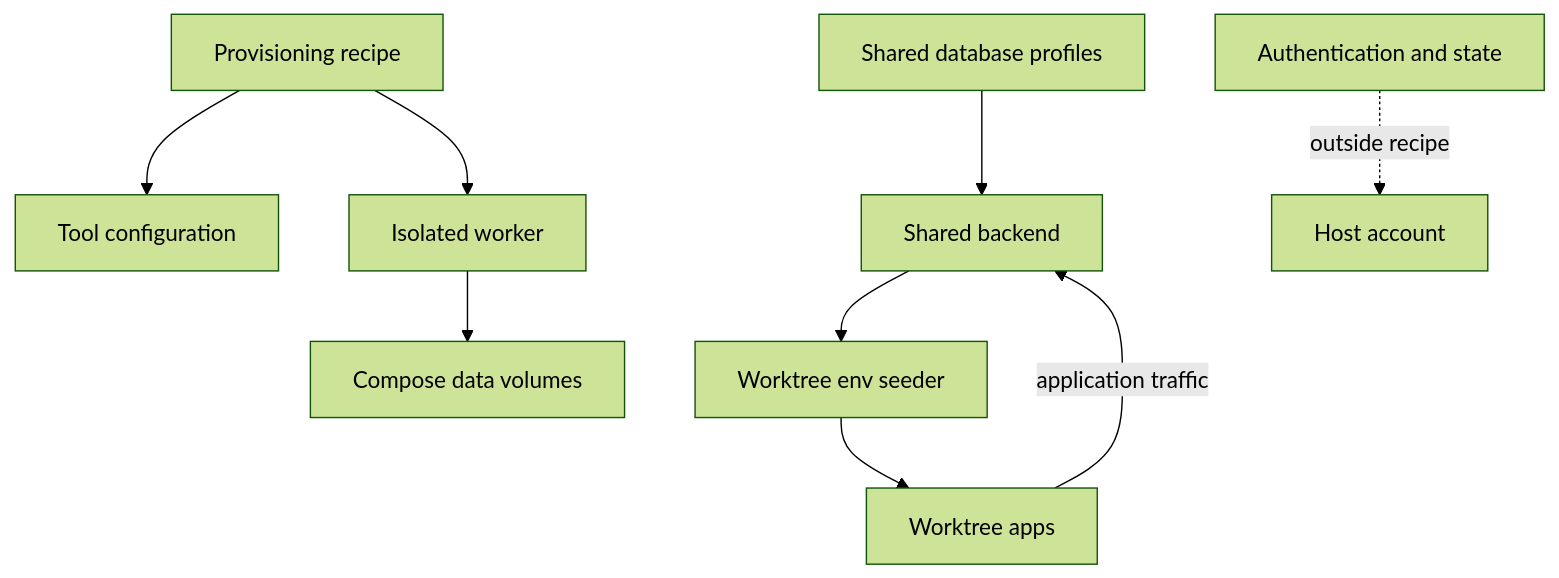
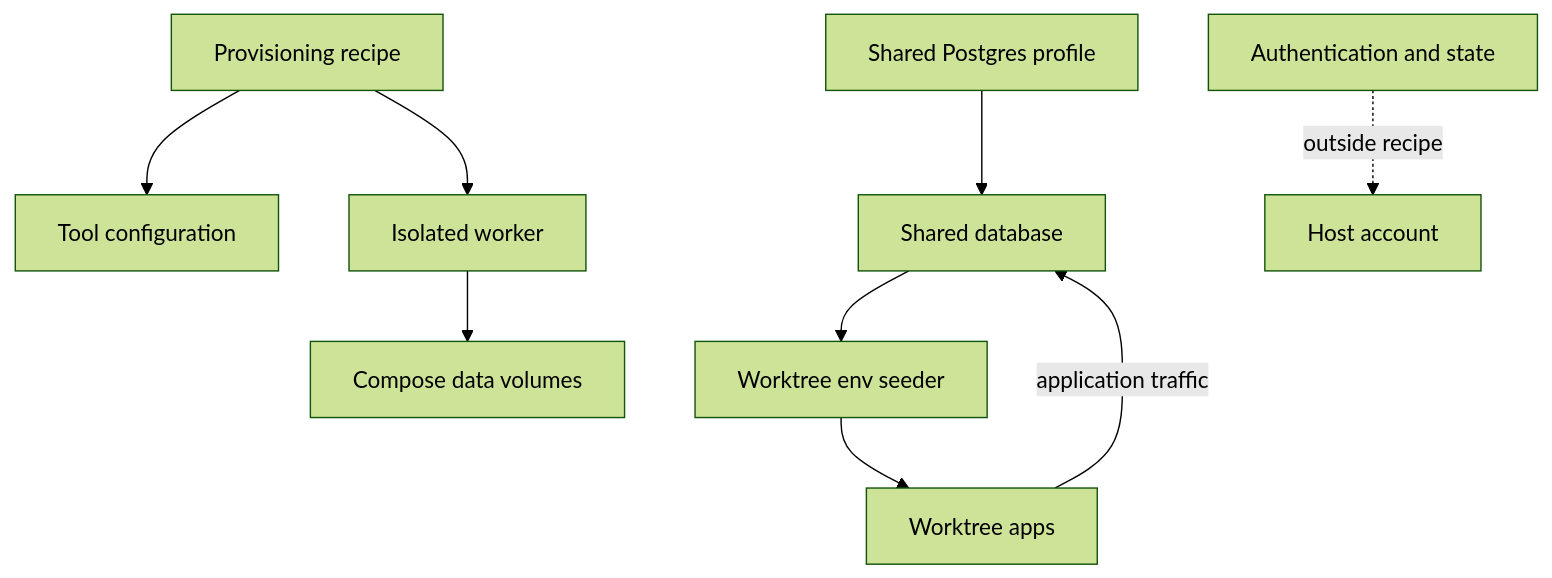
One commit to i098/Code-Factory changed the sixth of 6 diagrams in docs/architecture.md. Above: the diagram before and after it, drawn with Mermaid (forest theme). The commit also changed 1 other file, not shown here.

Commit message:
no-mistakes(document): Correct shared database and fleet guard documentation

````diff
--- a/docs/architecture.md
+++ b/docs/architecture.md
@@ -92,11 +92,11 @@
 ```mermaid
 flowchart TB
     recipe[Provisioning recipe] --> config[Tool configuration]
     recipe --> worker[Isolated worker]
     worker --> volumes[Compose data volumes]
-    profile[Shared database profiles] --> stack[Shared backend]
+    profile[Shared Postgres profile] --> stack[Shared database]
     stack --> env[Worktree env seeder]
     env --> apps[Worktree apps]
     apps -->|application traffic| stack
     auth[Authentication and state] -.->|outside recipe| host[Host account]
 ```
````
